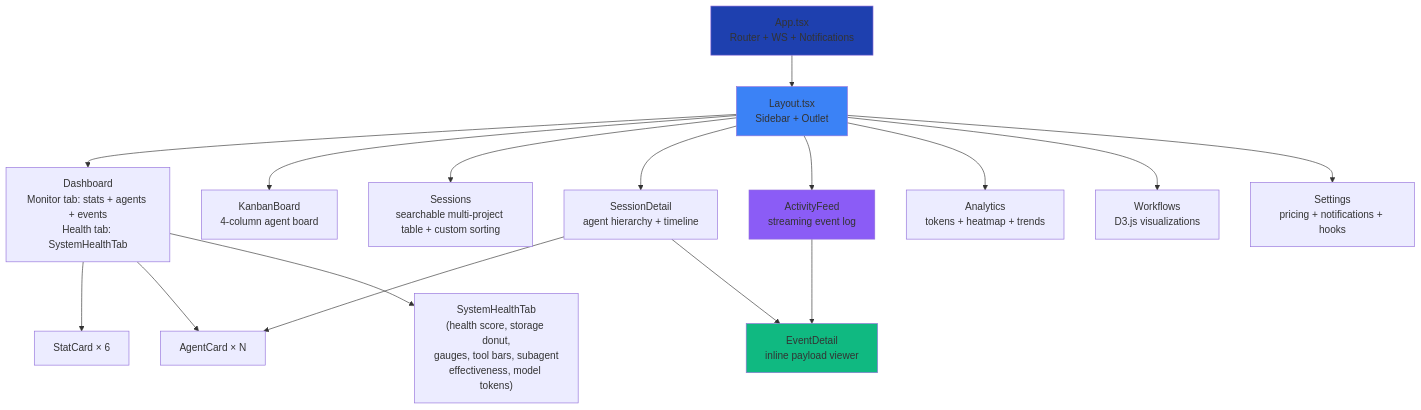
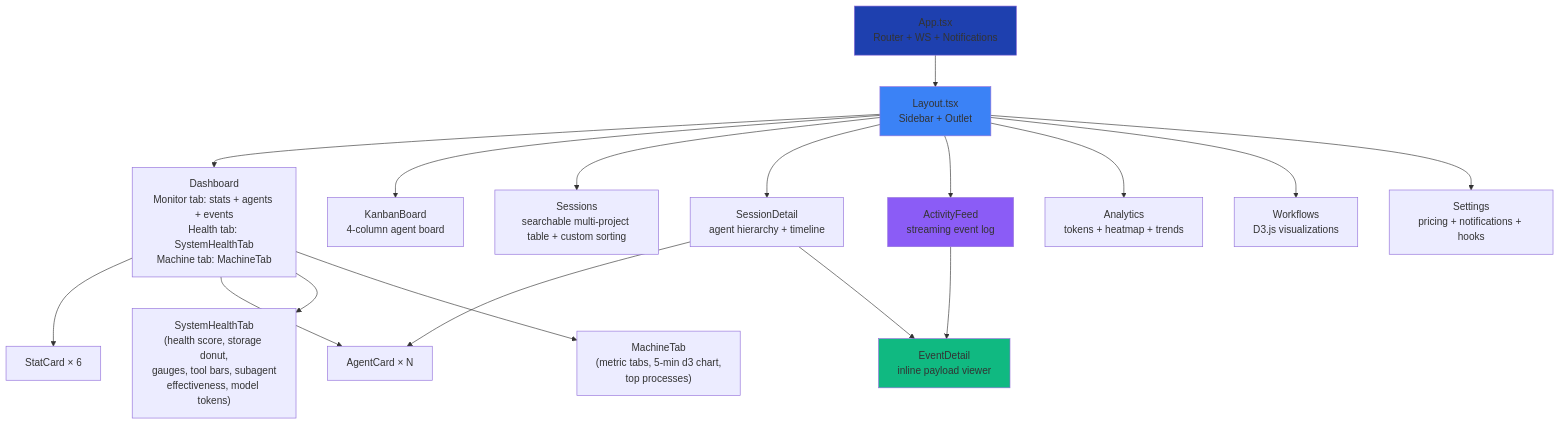
One commit to Didil91/Claude-Code-Agent-Monitor changed the third of 19 diagrams in client/README.md. Above: the diagram before and after it, drawn with Mermaid. The commit also changed other lines of this file and 24 other files, not shown here.

First line of the commit message:
[ui] onglet Machine : métriques, grand graphe, processus (PER-10)

````diff
--- a/client/README.md
+++ b/client/README.md
@@ -253,29 +257,30 @@
 ```mermaid
 graph TB
     App[App.tsx<br/>Router + WS + Notifications]
     Layout[Layout.tsx<br/>Sidebar + Outlet]
 
-    Dashboard[Dashboard<br/>Monitor tab: stats + agents + events<br/>Health tab: SystemHealthTab]
+    Dashboard[Dashboard<br/>Monitor tab: stats + agents + events<br/>Health tab: SystemHealthTab<br/>Machine tab: MachineTab]
     Kanban[KanbanBoard<br/>4-column agent board]
     Sessions[Sessions<br/>searchable multi-project table + custom sorting]
     Detail[SessionDetail<br/>agent hierarchy + timeline]
     Feed[ActivityFeed<br/>streaming event log]
     Analytics[Analytics<br/>tokens + heatmap + trends]
     Workflows[Workflows<br/>D3.js visualizations]
     Settings[Settings<br/>pricing + notifications + hooks]
 
     App --> Layout
     Layout --> Dashboard & Kanban & Sessions & Detail & Feed & Analytics & Workflows & Settings
 
     Dashboard --> StatCard[StatCard × 6]
     Dashboard --> AgentCard[AgentCard × N]
     Dashboard --> HealthTab["SystemHealthTab<br/>(health score, storage donut,<br/>gauges, tool bars, subagent<br/>effectiveness, model tokens)"]
+    Dashboard --> MachineTab["MachineTab<br/>(metric tabs, 5-min d3 chart,<br/>top processes)"]
     Detail --> AgentCard
     Feed --> EventDetail[EventDetail<br/>inline payload viewer]
     Detail --> EventDetail
 
     style App fill:#1E40AF
     style Layout fill:#3B82F6
     style Feed fill:#8B5CF6
     style EventDetail fill:#10B981
 ```
````
